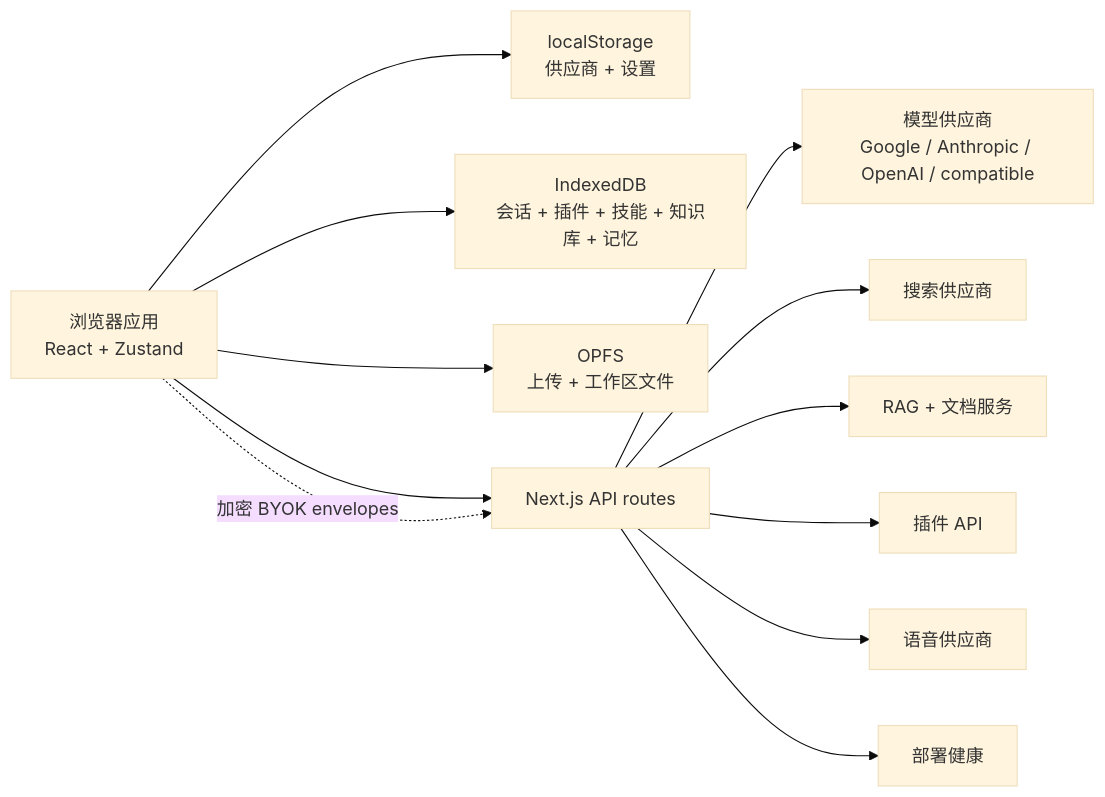
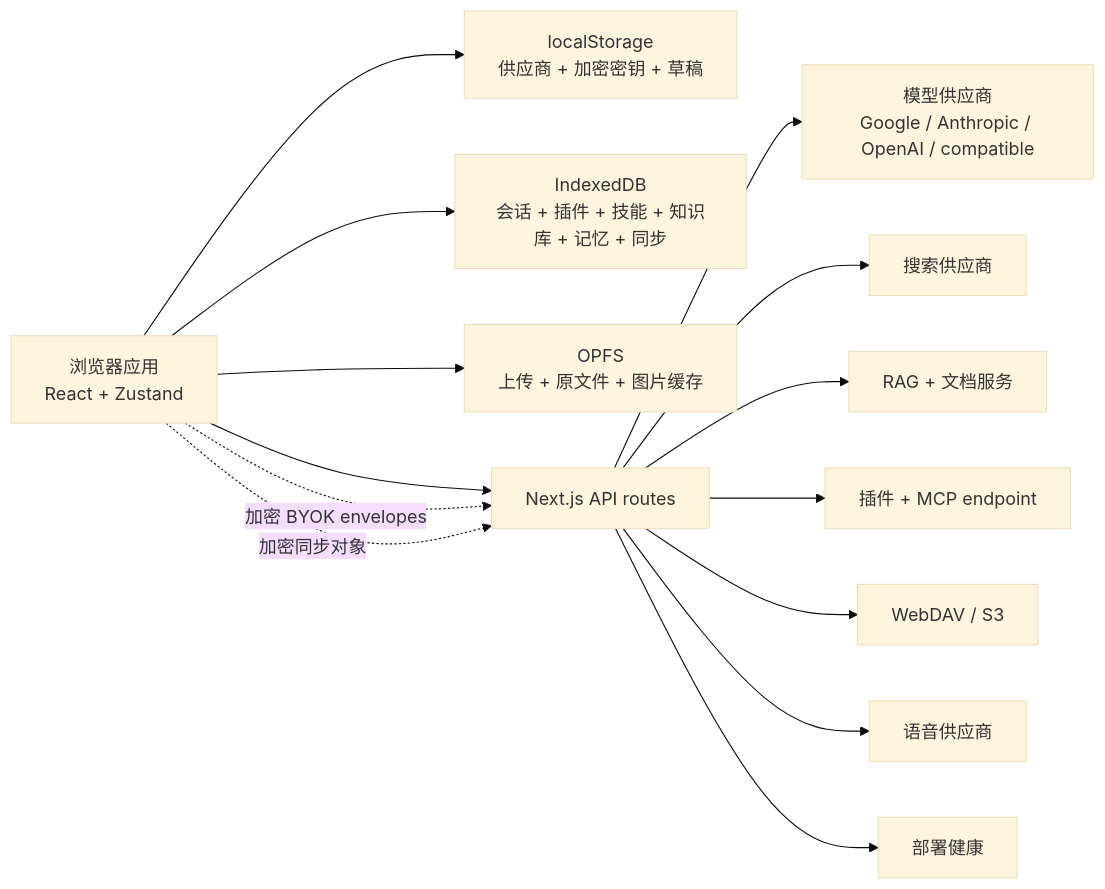
The diagram in README.zh-CN.md (ok5288/TalkWithGemini), drawn with Mermaid (base theme) before and after one commit. The commit also changed other lines of this file and 4 other files, not shown here.

````diff
--- a/README.zh-CN.md
+++ b/README.zh-CN.md
@@ -360,14 +389,16 @@
 ```mermaid
 flowchart LR
-  Browser["浏览器应用\nReact + Zustand"] --> LocalStorage["localStorage\n供应商 + 设置"]
-  Browser --> IndexedDB["IndexedDB\n会话 + 插件 + 技能 + 知识库 + 记忆"]
-  Browser --> OPFS["OPFS\n上传 + 工作区文件"]
+  Browser["浏览器应用\nReact + Zustand"] --> LocalStorage["localStorage\n供应商 + 加密密钥 + 草稿"]
+  Browser --> IndexedDB["IndexedDB\n会话 + 插件 + 技能 + 知识库 + 记忆 + 同步"]
+  Browser --> OPFS["OPFS\n上传 + 原文件 + 图片缓存"]
   Browser --> ApiRoutes["Next.js API routes"]
   ApiRoutes --> Providers["模型供应商\nGoogle / Anthropic / OpenAI / compatible"]
   ApiRoutes --> Search["搜索供应商"]
   ApiRoutes --> Rag["RAG + 文档服务"]
-  ApiRoutes --> Plugins["插件 API"]
+  ApiRoutes --> Plugins["插件 + MCP endpoint"]
+  ApiRoutes --> Sync["WebDAV / S3"]
   ApiRoutes --> Voice["语音供应商"]
   ApiRoutes --> Health["部署健康"]
   Browser -. "加密 BYOK envelopes" .-> ApiRoutes
+  Browser -. "加密同步对象" .-> ApiRoutes
 ```
````
